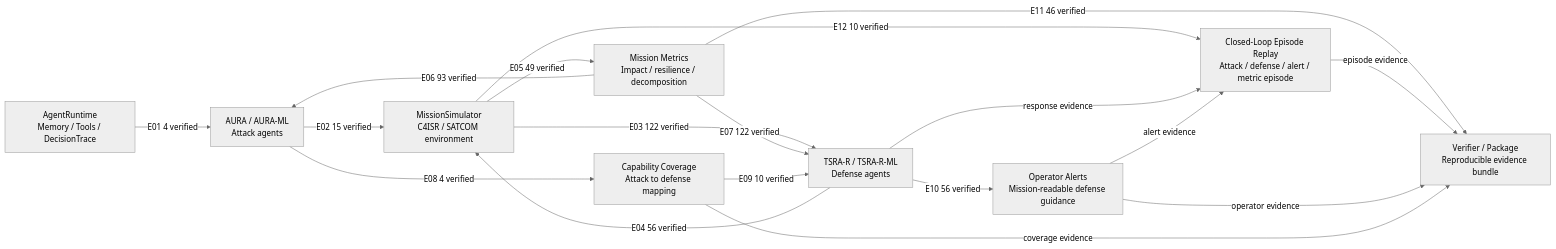
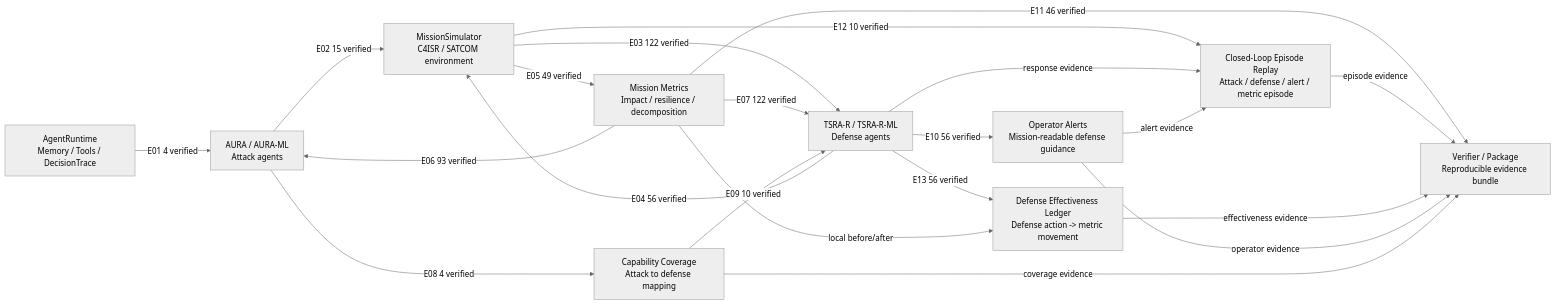
Before and after one commit to Hbin77/LIG_DAH_AGI: the diagram in outputs/report_tables/agent_collaboration_graph.md, drawn with Mermaid (neutral theme). The commit also changed other lines of this file and 20 other files, not shown here.

Commit message:
Add defense effectiveness ledger

````diff
--- a/outputs/report_tables/agent_collaboration_graph.md
+++ b/outputs/report_tables/agent_collaboration_graph.md
@@ -7,29 +7,33 @@
 ```mermaid
 flowchart LR
   Runtime[AgentRuntime\nMemory / Tools / DecisionTrace]
   Aura[AURA / AURA-ML\nAttack agents]
   Sim[MissionSimulator\nC4ISR / SATCOM environment]
   Tsra[TSRA-R / TSRA-R-ML\nDefense agents]
   Metrics[Mission Metrics\nImpact / resilience / decomposition]
   Alerts[Operator Alerts\nMission-readable defense guidance]
+  Ledger[Defense Effectiveness Ledger\nDefense action -> metric movement]
   Coverage[Capability Coverage\nAttack to defense mapping]
   Replay[Closed-Loop Episode Replay\nAttack / defense / alert / metric episode]
   Verifier[Verifier / Package\nReproducible evidence bundle]
   Runtime -->|E01 4 verified| Aura
   Aura -->|E02 15 verified| Sim
   Sim -->|E03 122 verified| Tsra
   Tsra -->|E04 56 verified| Sim
   Sim -->|E05 49 verified| Metrics
   Metrics -->|E06 93 verified| Aura
   Metrics -->|E07 122 verified| Tsra
   Aura -->|E08 4 verified| Coverage
   Coverage -->|E09 10 verified| Tsra
   Tsra -->|E10 56 verified| Alerts
   Metrics -->|E11 46 verified| Verifier
   Sim -->|E12 10 verified| Replay
+  Tsra -->|E13 56 verified| Ledger
+  Metrics -->|local before/after| Ledger
   Tsra -->|response evidence| Replay
   Alerts -->|alert evidence| Replay
   Replay -->|episode evidence| Verifier
+  Ledger -->|effectiveness evidence| Verifier
   Alerts -->|operator evidence| Verifier
   Coverage -->|coverage evidence| Verifier
 ```
````
